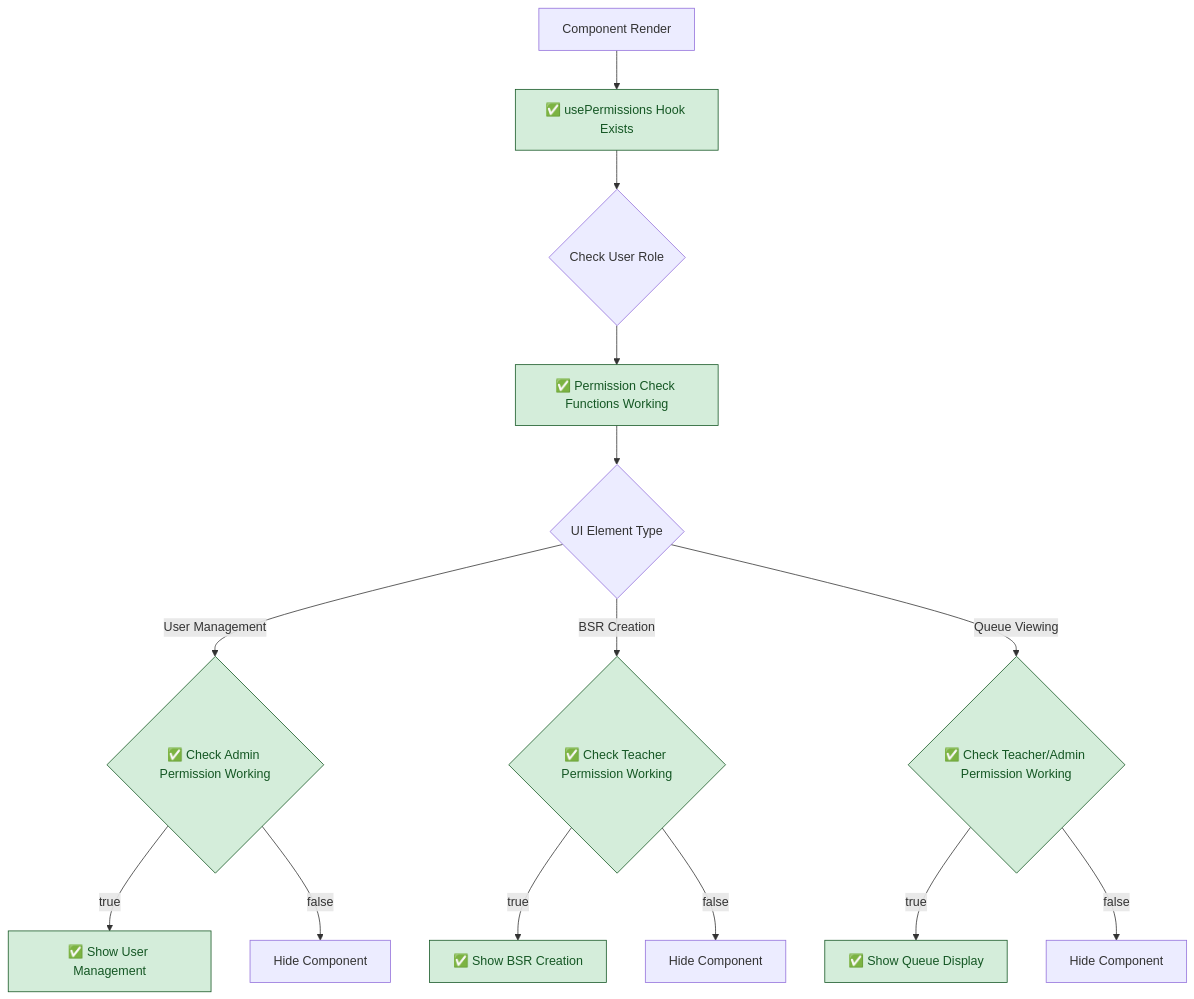
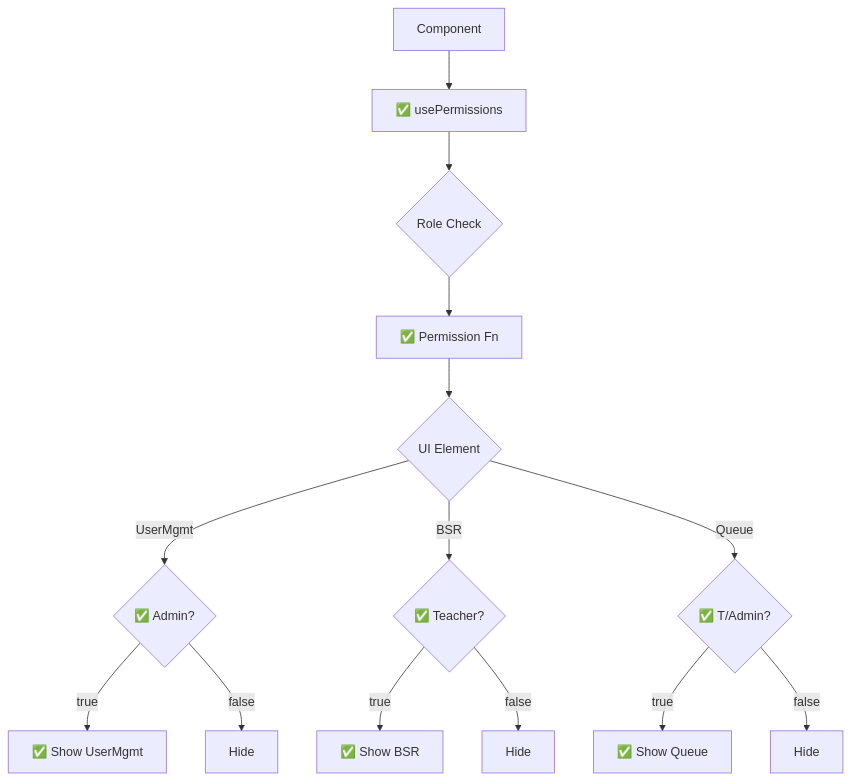
One commit to Splurfa/bx-os changed the third of 4 diagrams in docs/flowcharts/Current-State/01-current-authentication-complete.md. Above: the diagram before and after it, drawn with Mermaid. The commit also changed other lines of this file and 6 other files, not shown here.

Commit message:
Fix Mermaid text cutoff with basic syntax

````diff
--- a/docs/flowcharts/Current-State/01-current-authentication-complete.md
+++ b/docs/flowcharts/Current-State/01-current-authentication-complete.md
@@ -64,24 +70,20 @@
 ```mermaid
 flowchart TD
-    A["`Component Render`"] --> B["`✅ usePermissions Hook Exists`"]
-    B --> C{"`Check User Role`"}
-    C --> D["`✅ Permission Check Functions Working`"]
+    A[Component] --> B[✅ usePermissions]
+    B --> C{Role Check}
+    C --> D[✅ Permission Fn]
     
-    D --> E{"`UI Element Type`"}
-    E -->|User Management| F{"`✅ Check Admin Permission Working`"}
-    E -->|BSR Creation| G{"`✅ Check Teacher Permission Working`"}
-    E -->|Queue Viewing| H{"`✅ Check Teacher/Admin Permission Working`"}
+    D --> E{UI Element}
+    E -->|UserMgmt| F{✅ Admin?}
+    E -->|BSR| G{✅ Teacher?}
+    E -->|Queue| H{✅ T/Admin?}
     
-    F -->|true| I["`✅ Show User Management`"]
-    F -->|false| J["`Hide Component`"]
+    F -->|true| I[✅ Show UserMgmt]
+    F -->|false| J[Hide]
     
-    G -->|true| K["`✅ Show BSR Creation`"]
-    G -->|false| L["`Hide Component`"]
+    G -->|true| K[✅ Show BSR]
+    G -->|false| L[Hide]
     
-    H -->|true| M["`✅ Show Queue Display`"]
-    H -->|false| N["`Hide Component`"]
-    
-    classDef working fill:#d4edda,stroke:#155724,color:#155724
-    
-    class B,D,F,G,H,I,K,M working
+    H -->|true| M[✅ Show Queue]
+    H -->|false| N[Hide]
 ```
````
